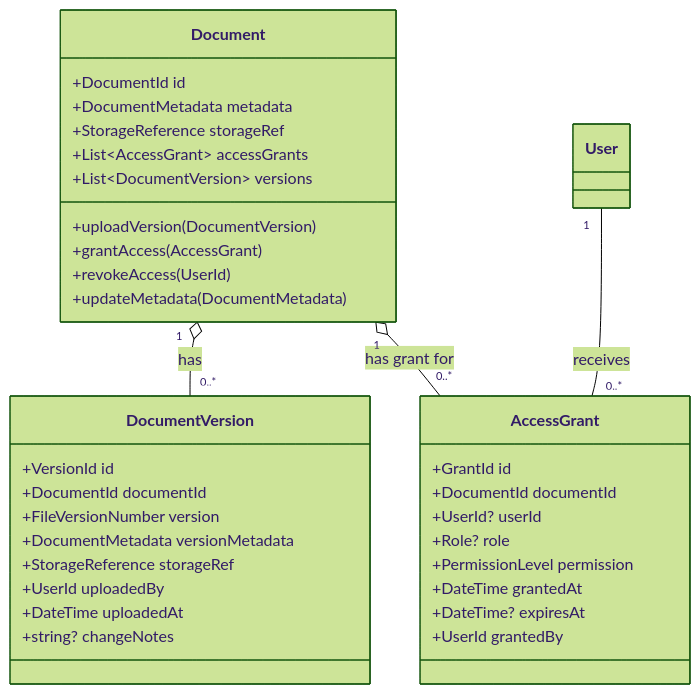
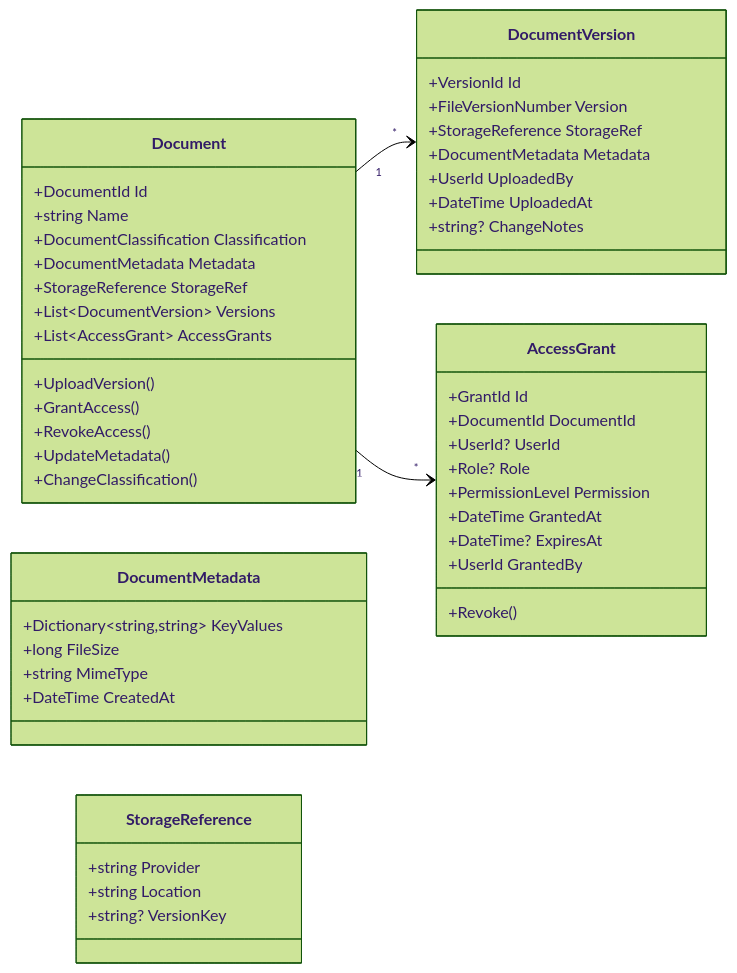
The tenth of 10 diagrams in Docs/Requirement/DomainSpecification/BusinessOperations.md (anuj-noumena/nouassist), drawn with Mermaid (forest theme) before and after one commit. The commit also changed other lines of this file and 134 other files, not shown here.

````diff
--- a/Docs/Requirement/DomainSpecification/BusinessOperations.md
+++ b/Docs/Requirement/DomainSpecification/BusinessOperations.md
@@ -2146,46 +2970,57 @@
 ```mermaid
 classDiagram
+    direction LR
+
     class Document {
-        +DocumentId id
-        +DocumentMetadata metadata
-        +StorageReference storageRef
-        +List~AccessGrant~ accessGrants
-        +List~DocumentVersion~ versions
-        +uploadVersion(DocumentVersion)
-        +grantAccess(AccessGrant)
-        +revokeAccess(UserId)
-        +updateMetadata(DocumentMetadata)
-    }
-    
-    class DocumentVersion {
-        +VersionId id
-        +DocumentId documentId
-        +FileVersionNumber version
-        +DocumentMetadata versionMetadata
-        +StorageReference storageRef
-        +UserId uploadedBy
-        +DateTime uploadedAt
-        +string? changeNotes
-    }
-    
-    class AccessGrant {
-        +GrantId id
-        +DocumentId documentId
-        +UserId? userId
-        +Role? role
-        +PermissionLevel permission
-        +DateTime grantedAt
-        +DateTime? expiresAt
-        +UserId grantedBy
+        +DocumentId Id
+        +string Name
+        +DocumentClassification Classification
+        +DocumentMetadata Metadata
+        +StorageReference StorageRef
+        +List~DocumentVersion~ Versions
+        +List~AccessGrant~ AccessGrants
+        +UploadVersion()
+        +GrantAccess()
+        +RevokeAccess()
+        +UpdateMetadata()
+        +ChangeClassification()
     }
 
-    %% A Document is composed of its versions. If the document is deleted, so are its versions.
-    Document "1" o-- "0..*" DocumentVersion : has
+    class DocumentVersion {
+        +VersionId Id
+        +FileVersionNumber Version
+        +StorageReference StorageRef
+        +DocumentMetadata Metadata
+        +UserId UploadedBy
+        +DateTime UploadedAt
+        +string? ChangeNotes
+    }
 
-    %% AccessGrant links a Document to a User with a specific permission.
-    %% The grant is dependent on the document's existence.
-    Document "1" o-- "0..*" AccessGrant : has grant for
+    class AccessGrant {
+        +GrantId Id
+        +DocumentId DocumentId
+        +UserId? UserId
+        +Role? Role
+        +PermissionLevel Permission
+        +DateTime GrantedAt
+        +DateTime? ExpiresAt
+        +UserId GrantedBy
+        +Revoke()
+    }
 
-    %% A User can receive multiple access grants across different documents.
-    User "1" -- "0..*" AccessGrant : receives
+    class DocumentMetadata {
+        +Dictionary~string,string~ KeyValues
+        +long FileSize
+        +string MimeType
+        +DateTime CreatedAt
+    }
+
+    class StorageReference {
+        +string Provider
+        +string Location
+        +string? VersionKey
+    }
+
+    Document "1" --> "*" DocumentVersion
+    Document "1" --> "*" AccessGrant
 ```
````
